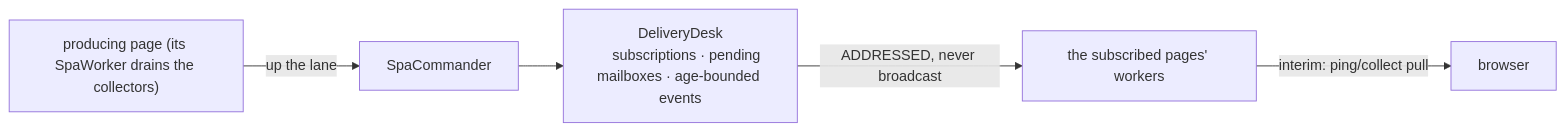
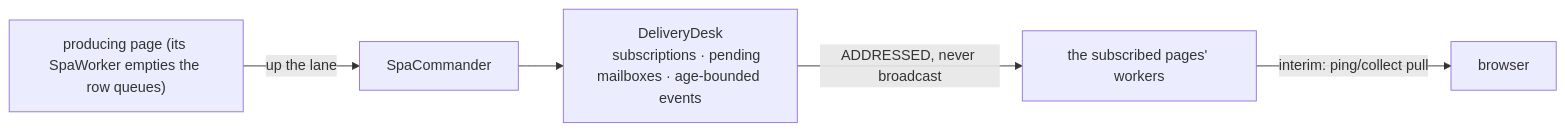
The diagram in internals/20_spa/050_datachanges/design.md (genropy/genro-asgi), drawn with Mermaid before and after one commit. The commit also changed other lines of this file and 20 other files, not shown here.

````diff
--- a/internals/20_spa/050_datachanges/design.md
+++ b/internals/20_spa/050_datachanges/design.md
@@ -15,8 +27,8 @@
 ```mermaid
 flowchart LR
-    P["producing page (its SpaWorker drains the collectors)"] -->|up the lane| C[SpaCommander]
+    P["producing page (its SpaWorker empties the row queues)"] -->|up the lane| C[SpaCommander]
     C --> D["DeliveryDesk
     subscriptions · pending mailboxes · age-bounded events"]
     D -->|ADDRESSED, never broadcast| T["the subscribed pages' workers"]
     T -->|interim: ping/collect pull| B[browser]
 ```
````
